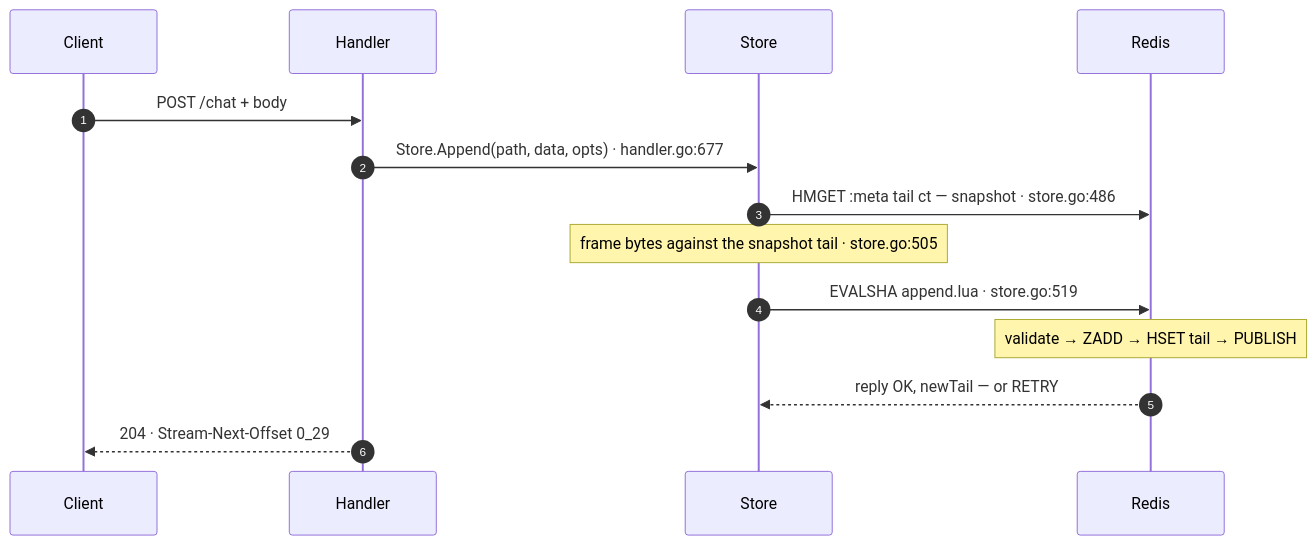
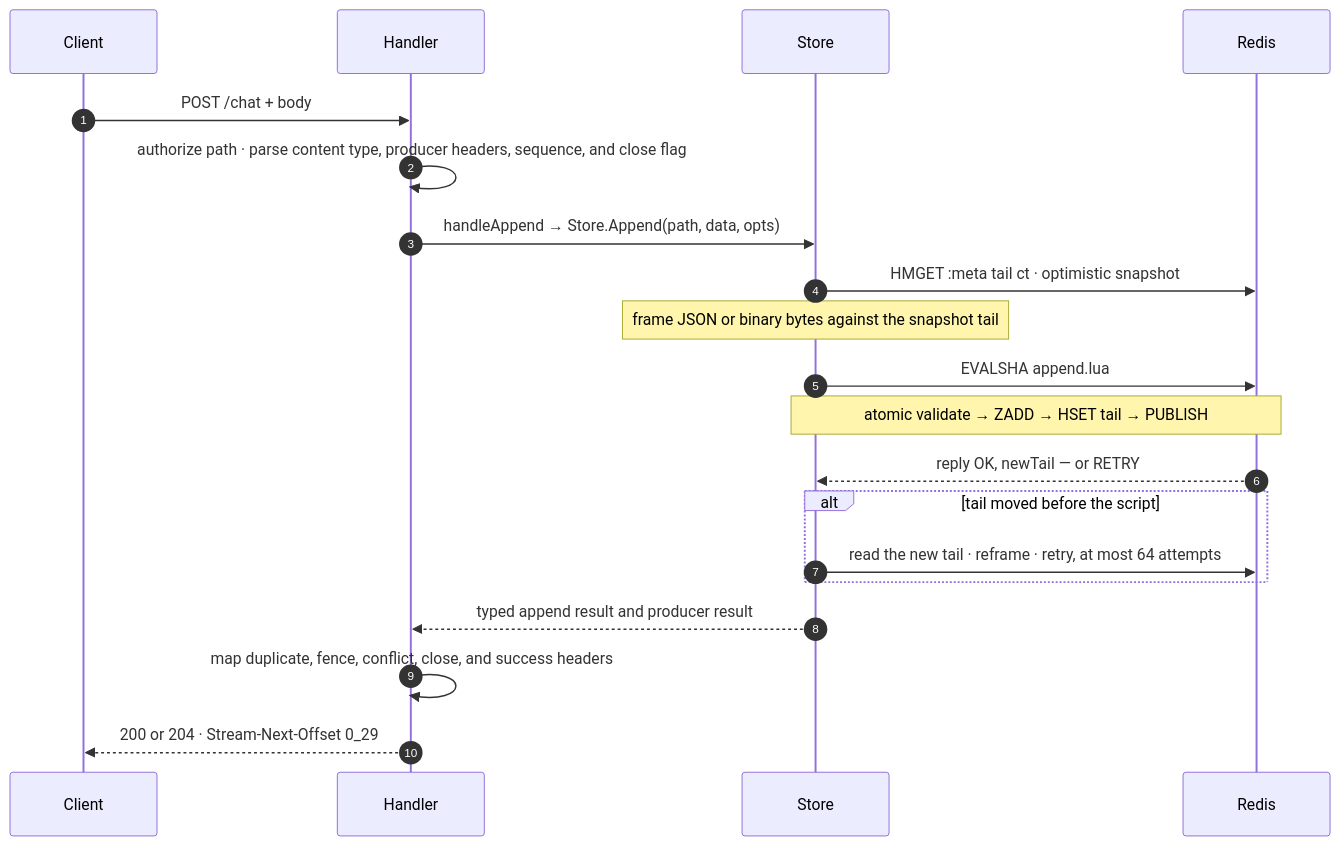
Before and after one commit to adityavkk/chronicle: the diagram in docs-site/diagrams/seq-append.mmd, drawn with Mermaid. The commit also changed 35 other files, not shown here.

```diff
--- a/docs-site/diagrams/seq-append.mmd
+++ b/docs-site/diagrams/seq-append.mmd
@@ -1,14 +1,20 @@
 sequenceDiagram
     autonumber
     participant C as Client
     participant H as Handler
     participant S as Store
     participant R as Redis
     C->>H: POST /chat + body
-    H->>S: Store.Append(path, data, opts) · handler.go:677
-    S->>R: HMGET :meta tail ct — snapshot · store.go:486
-    Note over S: frame bytes against the snapshot tail · store.go:505
-    S->>R: EVALSHA append.lua · store.go:519
-    Note over R: validate → ZADD → HSET tail → PUBLISH
+    H->>H: authorize path · parse content type, producer headers, sequence, and close flag
+    H->>S: handleAppend → Store.Append(path, data, opts)
+    S->>R: HMGET :meta tail ct · optimistic snapshot
+    Note over S: frame JSON or binary bytes against the snapshot tail
+    S->>R: EVALSHA append.lua
+    Note over S,R: atomic validate → ZADD → HSET tail → PUBLISH
     R-->>S: reply OK, newTail — or RETRY
-    H-->>C: 204 · Stream-Next-Offset 0_29
+    alt tail moved before the script
+        S->>R: read the new tail · reframe · retry, at most 64 attempts
+    end
+    S-->>H: typed append result and producer result
+    H->>H: map duplicate, fence, conflict, close, and success headers
+    H-->>C: 200 or 204 · Stream-Next-Offset 0_29
```
